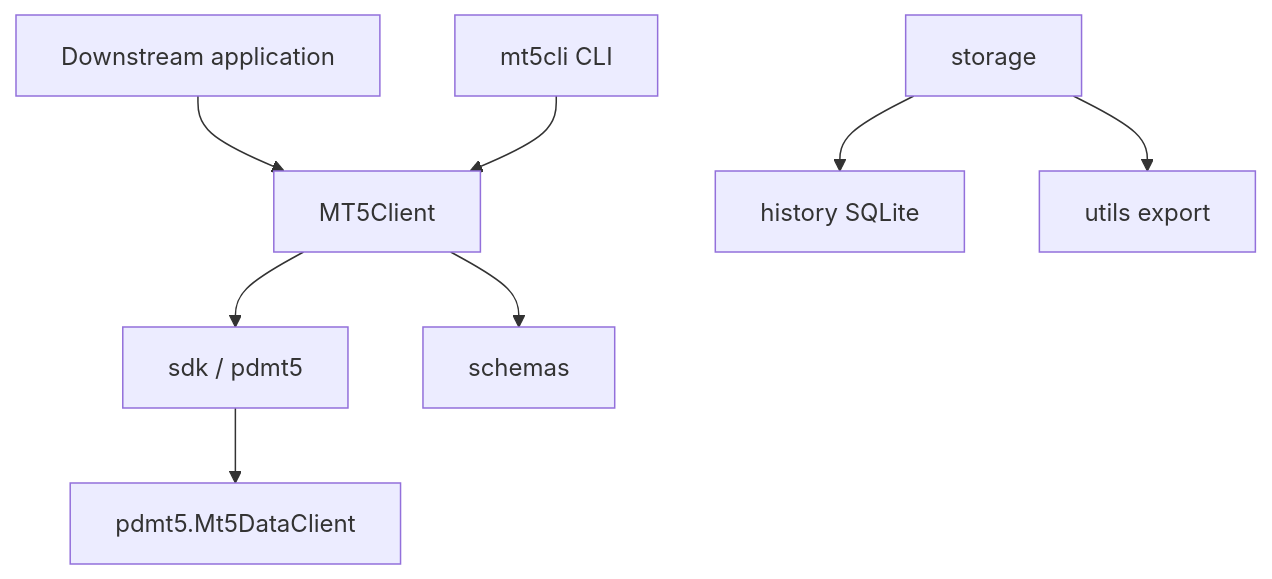
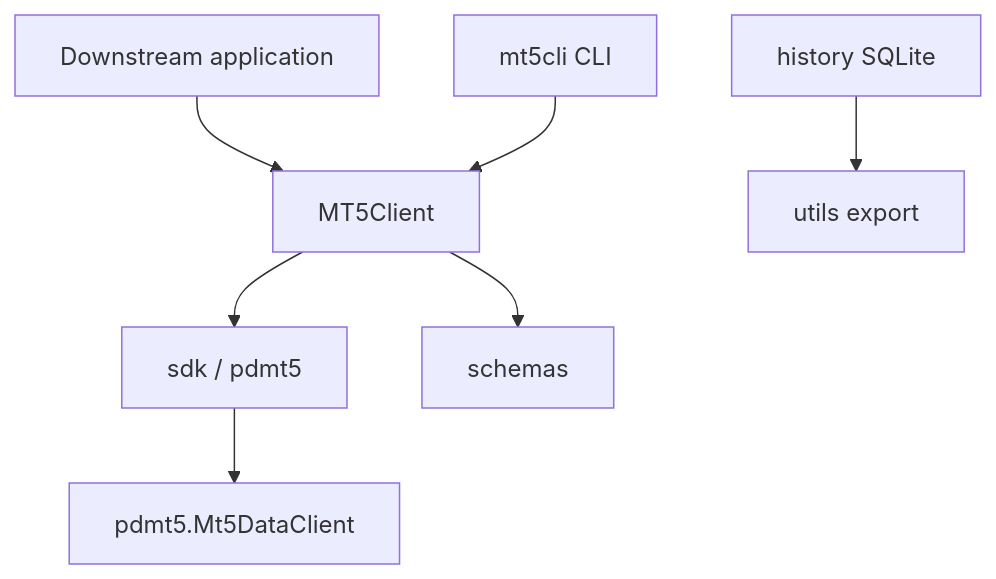
Before and after one commit to dceoy/mt5cli: the diagram in docs/api/index.md, drawn with Mermaid. The commit also changed other lines of this file and 11 other files, not shown here.

Commit message:
Shrink public API surface and remove storage re-export module (#74)

````diff
--- a/docs/api/index.md
+++ b/docs/api/index.md
@@ -27,10 +26,9 @@
 ```mermaid
 flowchart TD
     App["Downstream application"] --> Client["MT5Client"]
     CLI["mt5cli CLI"] --> Client
     Client --> SDK["sdk / pdmt5"]
     Client --> Schemas["schemas"]
-    Storage["storage"] --> History["history SQLite"]
-    Storage --> Utils["utils export"]
+    History["history SQLite"] --> Utils["utils export"]
     SDK --> PDMT5["pdmt5.Mt5DataClient"]
 ```
````
